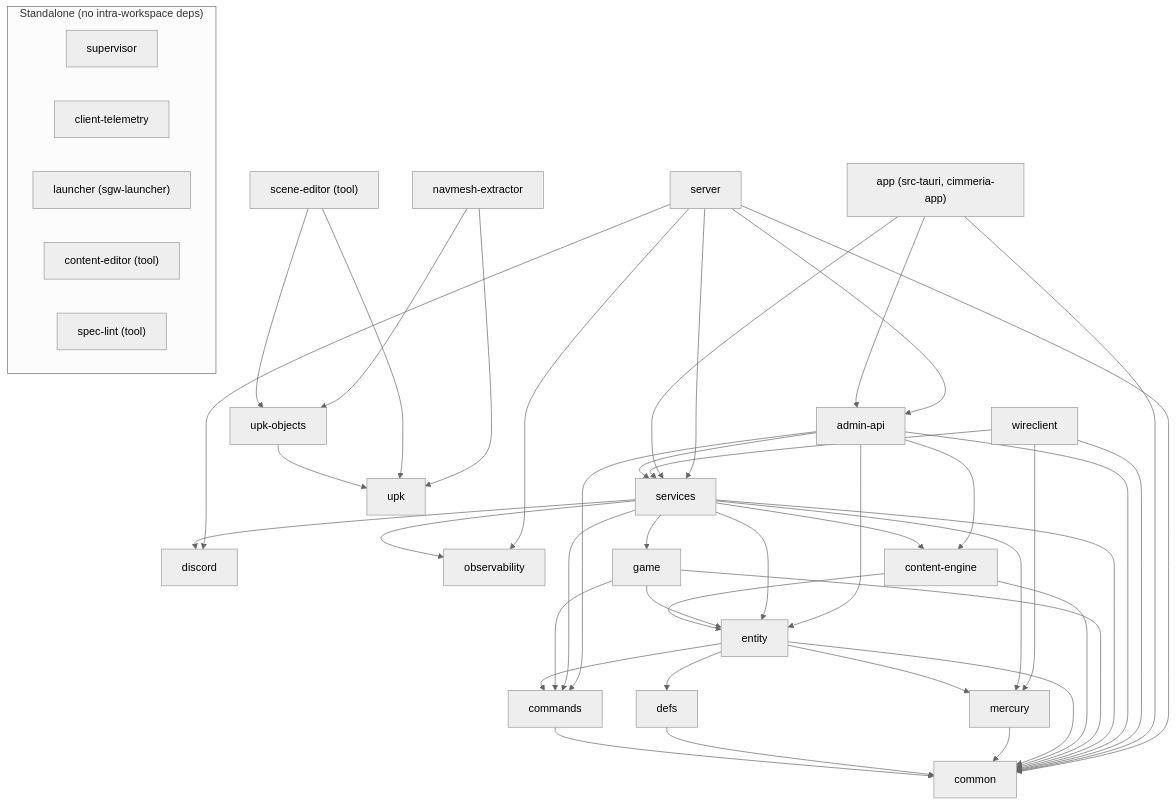
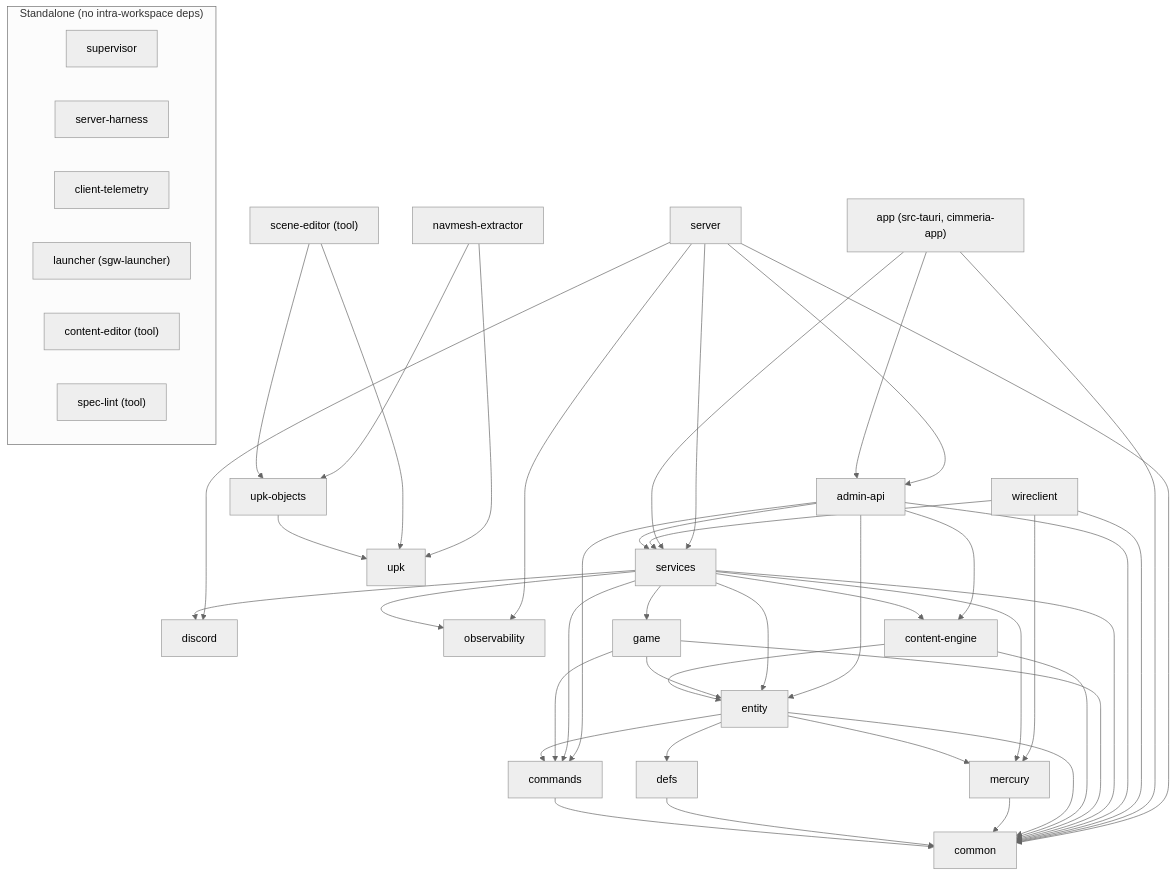
The diagram in README.md (SandboxServers/Cimmeria), drawn with Mermaid before and after one commit. The commit also changed other lines of this file and 23 other files, not shown here.

````diff
--- a/README.md
+++ b/README.md
@@ -93,61 +93,62 @@
 ```mermaid
 %%{init: {"flowchart": {"htmlLabels": false}, "theme": "neutral"}}%%
 flowchart TD
     %% entry points / binaries
     server --> adminApi["admin-api"]
     server --> services
     server --> discord
     server --> observability
     server --> common
     app["app (src-tauri, cimmeria-app)"] --> adminApi
     app --> services
     app --> common
     wireclient --> services
     wireclient --> mercury
     wireclient --> common
 
     %% service + domain layer
     adminApi --> services
     adminApi --> contentEngine["content-engine"]
     adminApi --> entity
     adminApi --> commands
     adminApi --> common
     services --> game
     services --> contentEngine
     services --> entity
     services --> mercury
     services --> discord
     services --> observability
     services --> commands
     services --> common
     game --> entity
     game --> commands
     game --> common
     contentEngine --> entity
     contentEngine --> common
     entity --> defs
     entity --> mercury
     entity --> commands
     entity --> common
 
     %% foundation
     mercury --> common
     defs --> common
     commands --> common
 
     %% UPK / navmesh toolchain (independent of the server spine)
     navmeshExtractor["navmesh-extractor"] --> upkObjects["upk-objects"]
     navmeshExtractor --> upk
     sceneEditor["scene-editor (tool)"] --> upkObjects
     sceneEditor --> upk
     upkObjects --> upk
 
     %% standalone crates with no intra-workspace dependencies
     subgraph standalone["Standalone (no intra-workspace deps)"]
         supervisor
+        serverHarness["server-harness"]
         clientTelemetry["client-telemetry"]
         launcher["launcher (sgw-launcher)"]
         contentEditor["content-editor (tool)"]
         specLint["spec-lint (tool)"]
     end
 ```
````
